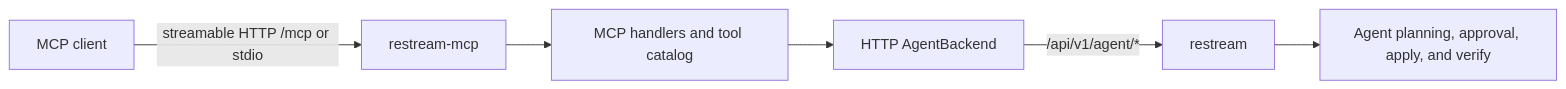
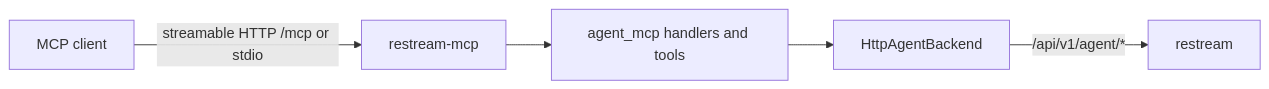
Before and after one commit to krsna1729/restream: the fourth of 4 diagrams in docs/agent-plane-integration.md, drawn with Mermaid. The commit also changed other lines of this file and 26 other files, not shown here.

First line of the commit message:
docs: rewrite every page against current source, with diagrams (#372)

````diff
--- a/docs/agent-plane-integration.md
+++ b/docs/agent-plane-integration.md
@@ -113,8 +285,7 @@
 ```mermaid
 flowchart LR
     Client["MCP client"] -->|"streamable HTTP /mcp or stdio"| Sidecar["restream-mcp"]
-    Sidecar --> Catalog["MCP handlers and tool catalog"]
-    Catalog --> Backend["HTTP AgentBackend"]
+    Sidecar --> Catalog["agent_mcp handlers and tools"]
+    Catalog --> Backend["HttpAgentBackend"]
     Backend -->|"/api/v1/agent/*"| Server["restream"]
-    Server --> Core["Agent planning, approval, apply, and verify"]
 ```
````
